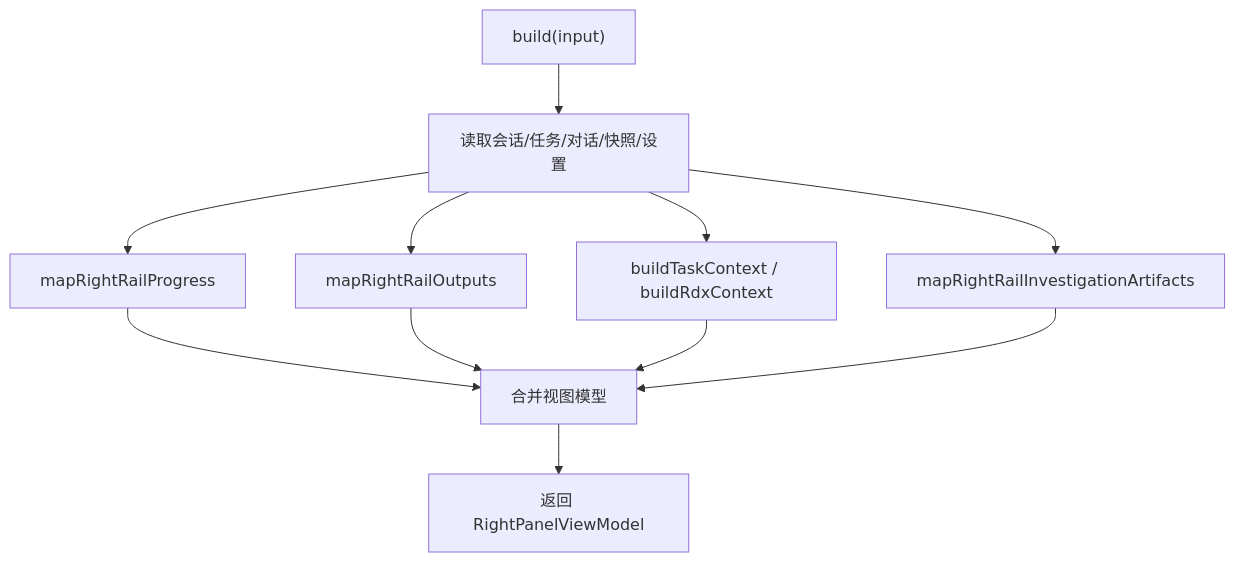
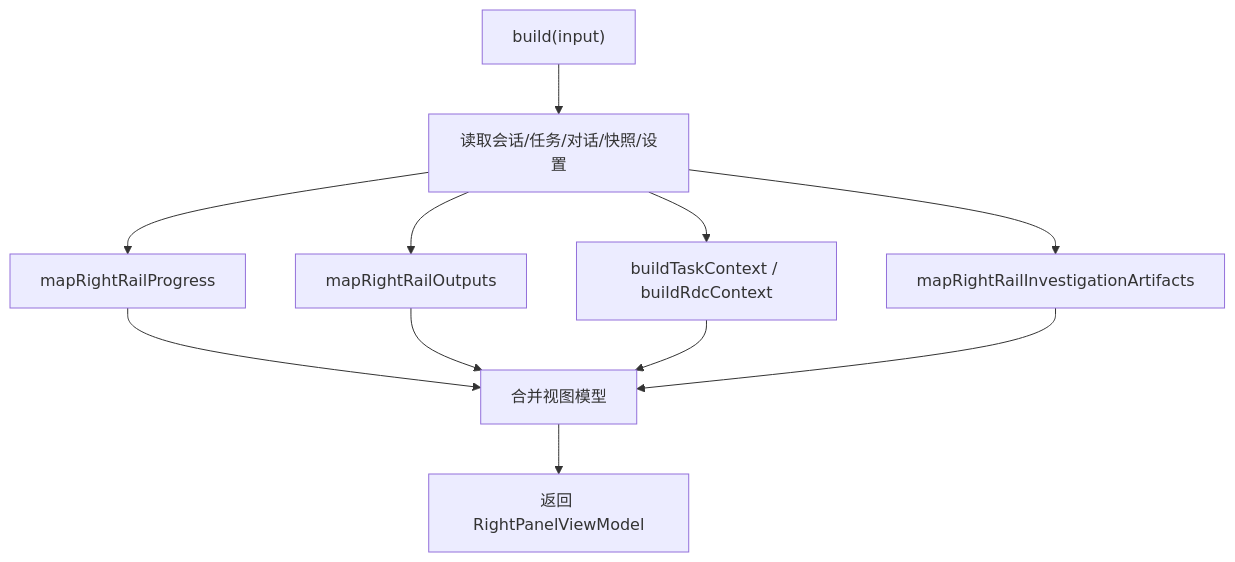
The ninth of 16 diagrams in .qoder/repowiki/zh/content/用户界面/右侧面板.md (haolange/RDC-Agent), drawn with Mermaid before and after one commit. The commit also changed other lines of this file and 557 other files, not shown here.

````diff
--- a/.qoder/repowiki/zh/content/用户界面/右侧面板.md
+++ b/.qoder/repowiki/zh/content/用户界面/右侧面板.md
@@ -417,13 +417,13 @@
 ```mermaid
 flowchart TD
 S["build(input)"] --> Load["读取会话/任务/对话/快照/设置"]
 Load --> MapProg["mapRightRailProgress"]
 Load --> MapOut["mapRightRailOutputs"]
-Load --> MapCtx["buildTaskContext / buildRdxContext"]
+Load --> MapCtx["buildTaskContext / buildRdcContext"]
 Load --> Artifacts["mapRightRailInvestigationArtifacts"]
 MapProg --> Combine["合并视图模型"]
 MapOut --> Combine
 MapCtx --> Combine
 Artifacts --> Combine
 Combine --> Return["返回 RightPanelViewModel"]
 ```
````
